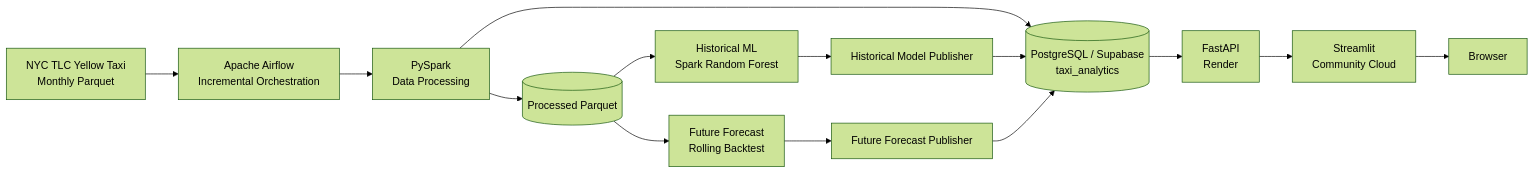
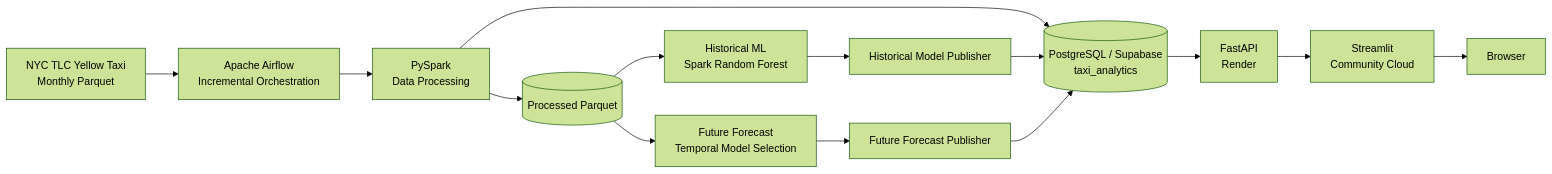
One commit to georgeballa7/NycTaxiDemandForecasting changed the first of 2 diagrams in README.md. Above: the diagram before and after it, drawn with Mermaid (forest theme). The commit also changed other lines of this file, not shown here.

Commit message:
Document automatic future model selection

````diff
--- a/README.md
+++ b/README.md
@@ -17,16 +17,16 @@
 ```mermaid
 flowchart LR
     A["NYC TLC Yellow Taxi<br/>Monthly Parquet"] --> B["Apache Airflow<br/>Incremental Orchestration"]
     B --> C["PySpark<br/>Data Processing"]
     C --> D[("Processed Parquet")]
     C --> E[("PostgreSQL / Supabase<br/>taxi_analytics")]
     D --> F["Historical ML<br/>Spark Random Forest"]
-    D --> G["Future Forecast<br/>Rolling Backtest"]
+    D --> G["Future Forecast<br/>Temporal Model Selection"]
     F --> HP["Historical Model Publisher"]
     G --> FP["Future Forecast Publisher"]
     HP --> E
     FP --> E
     E --> J["FastAPI<br/>Render"]
     J --> K["Streamlit<br/>Community Cloud"]
     K --> L["Browser"]
 ```
````
